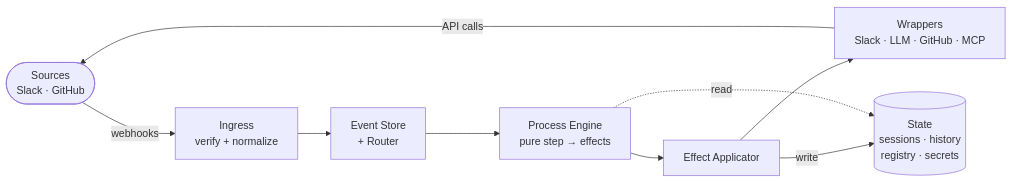
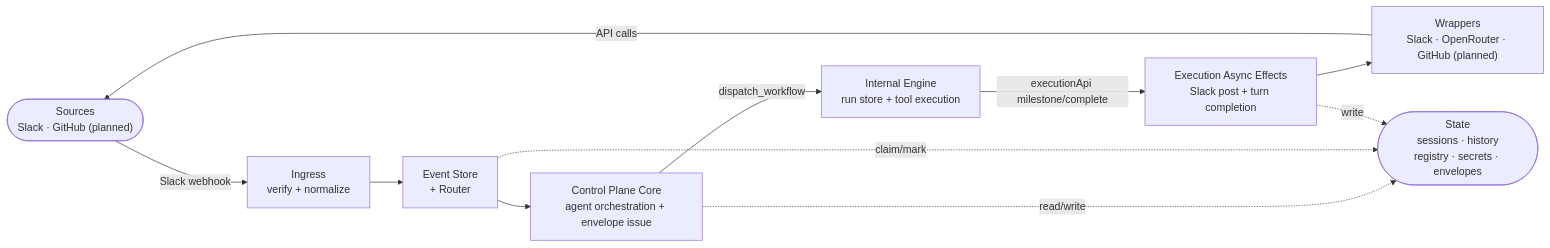
Before and after one commit to Looping-AI/looping-control-plane: the first of 2 diagrams in ARCHITECTURE.md, drawn with Mermaid. The commit also changed other lines of this file and 319 other files, not shown here.

````diff
--- a/ARCHITECTURE.md
+++ b/ARCHITECTURE.md
@@ -80,15 +87,18 @@
 ```mermaid
 flowchart LR
-    Ext(["Sources\nSlack · GitHub"])
-    Ing["Ingress\nverify + normalize"]
-    ED["Event Store\n+ Router"]
-    PE["Process Engine\npure step → effects"]
-    EA["Effect Applicator"]
-    IO["Wrappers\nSlack · LLM · GitHub · MCP"]
-    State[("State\nsessions · history\nregistry · secrets")]
+  Ext(["Sources\nSlack · GitHub (planned)"])
+  Ing["Ingress\nverify + normalize"]
+  ED["Event Store\n+ Router"]
+  Core["Control Plane Core\nagent orchestration + envelope issue"]
+  Engine["Internal Engine\nrun store + tool execution"]
+  AsyncFx["Execution Async Effects\nSlack post + turn completion"]
+  IO["Wrappers\nSlack · OpenRouter · GitHub (planned)"]
+  State(["State\nsessions · history\nregistry · secrets · envelopes"])
 
-    Ext -->|webhooks| Ing --> ED --> PE --> EA
-    EA --> IO -->|API calls| Ext
-    EA -->|write| State
-    PE -.->|read| State
+  Ext -->|Slack webhook| Ing --> ED --> Core
+  Core -->|dispatch_workflow| Engine
+  Engine -->|executionApi milestone/complete| AsyncFx --> IO -->|API calls| Ext
+  Core -.->|read/write| State
+  ED -.->|claim/mark| State
+  AsyncFx -.->|write| State
 ```
````
